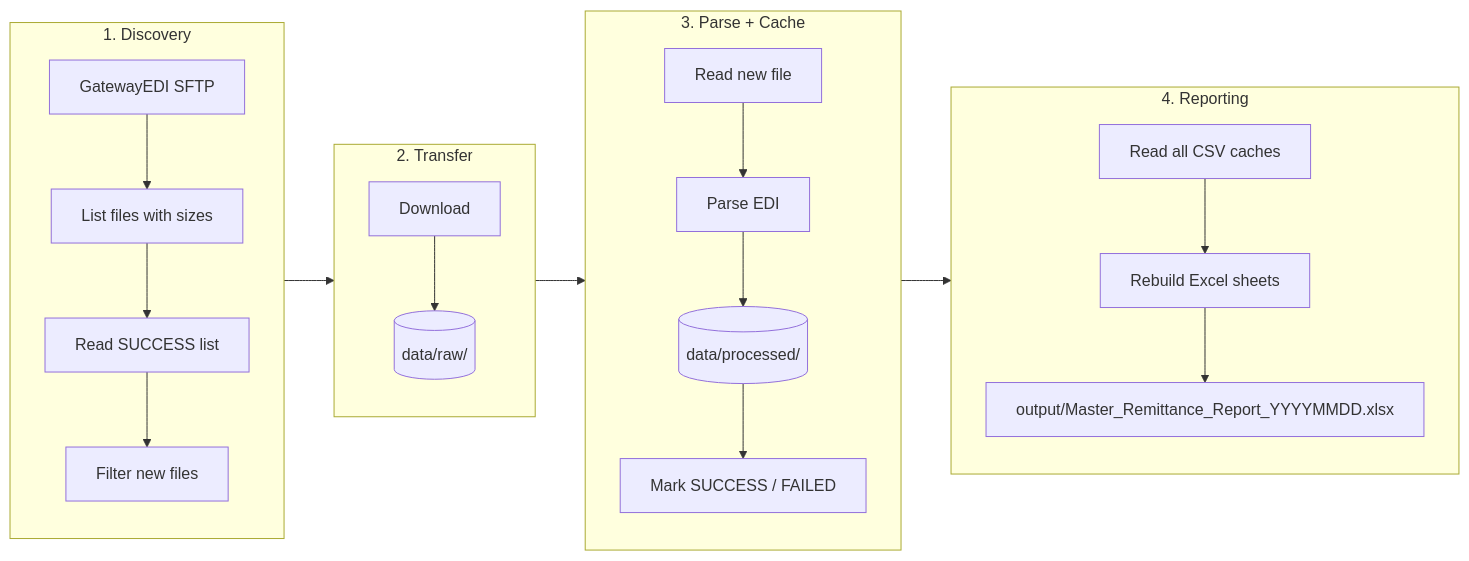
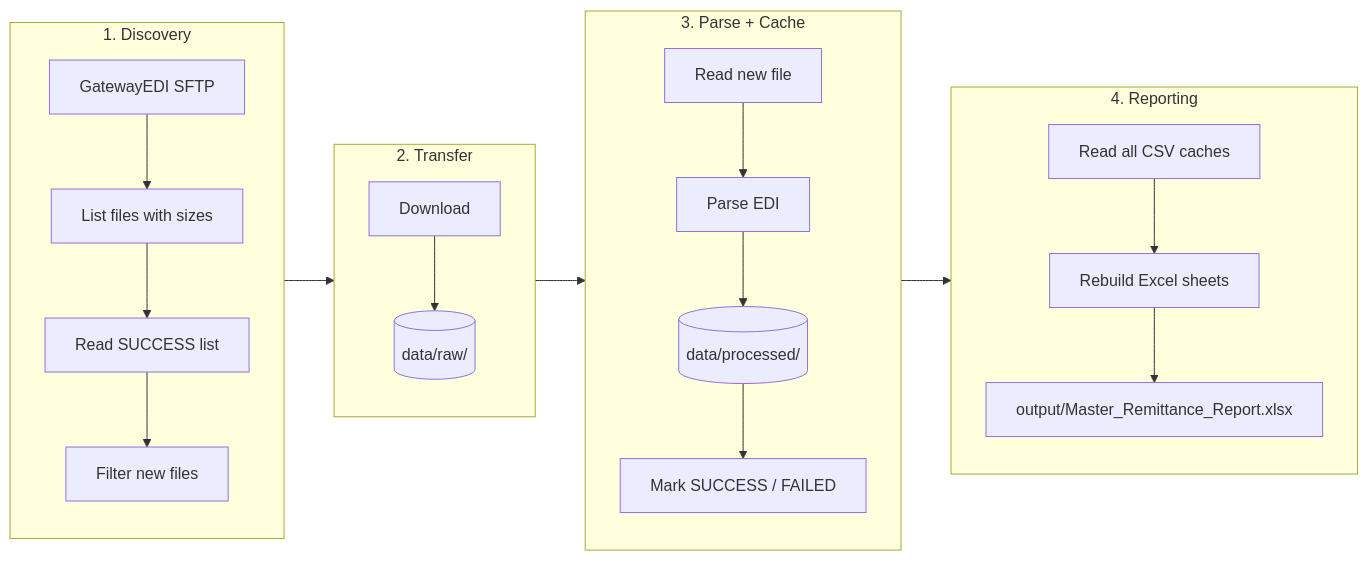
The diagram in README.md (mohitagr18/trizetto_file), drawn with Mermaid before and after one commit. The commit also changed 2 other files, not shown here.

Commit message:
minor fixes

````diff
--- a/README.md
+++ b/README.md
@@ -11,38 +11,38 @@
 ```mermaid
 flowchart LR
 
     subgraph DISC["1. Discovery"]
         direction TB
         D1["GatewayEDI SFTP"]
         D2["List files with sizes"]
         D3["Read SUCCESS list"]
         D4["Filter new files"]
         D1 --> D2 --> D3 --> D4
     end
 
     subgraph XFER["2. Transfer"]
         direction TB
         X1["Download"]
         X2[("data/raw/")]
         X1 --> X2
     end
 
     subgraph PARSE["3. Parse + Cache"]
         direction TB
         P1["Read new file"]
         P2["Parse EDI"]
         P3[("data/processed/")]
         P4["Mark SUCCESS / FAILED"]
         P1 --> P2 --> P3 --> P4
     end
 
     subgraph REPORT["4. Reporting"]
         direction TB
         R1["Read all CSV caches"]
         R2["Rebuild Excel sheets"]
-        R3["output/Master_Remittance_Report_YYYYMMDD.xlsx"]
+        R3["output/Master_Remittance_Report.xlsx"]
         R1 --> R2 --> R3
     end
 
     DISC --> XFER --> PARSE --> REPORT
 ```
````
